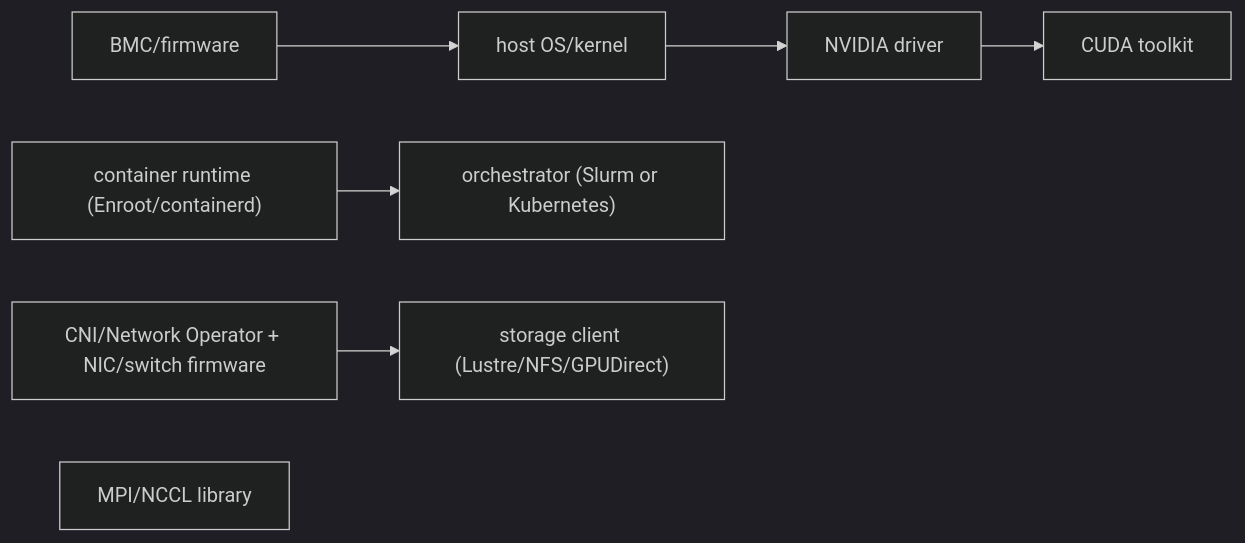
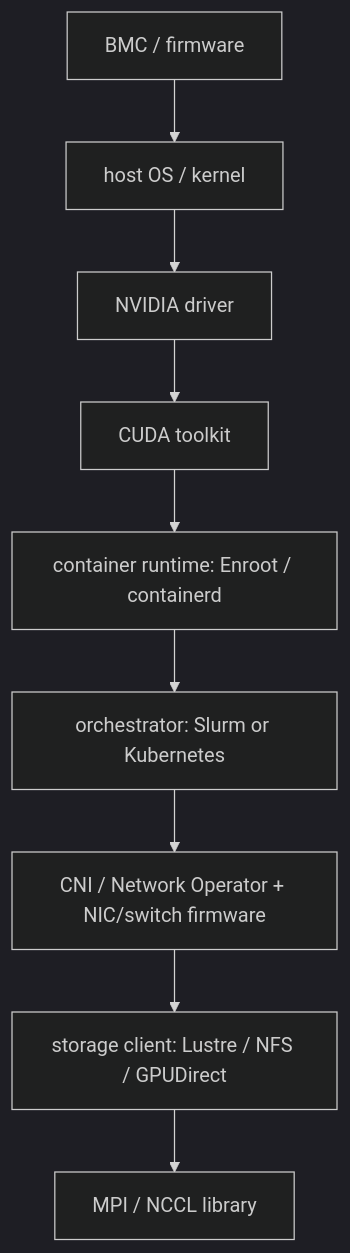
Before and after one commit to jithinpnjm/nvidia-devops: the second of 2 diagrams in docs/volume-10/10-coordinated-cluster-wide-software-change-management.md, drawn with Mermaid (dark theme). The commit also changed other lines of this file and 99 other files, not shown here.

````diff
--- a/docs/volume-10/10-coordinated-cluster-wide-software-change-management.md
+++ b/docs/volume-10/10-coordinated-cluster-wide-software-change-management.md
@@ -46,18 +42,7 @@
 ```mermaid
-flowchart LR
-  %% Converted from the original ASCII diagram; source wording is preserved.
-  n0["BMC/firmware"]
-  n1["host OS/kernel"]
-  n2["NVIDIA driver"]
-  n3["CUDA toolkit"]
-  n4["container runtime (Enroot/containerd)"]
-  n5["orchestrator (Slurm or Kubernetes)"]
-  n6["CNI/Network Operator + NIC/switch firmware"]
-  n7["storage client (Lustre/NFS/GPUDirect)"]
-  n8["MPI/NCCL library"]
-  n0 --> n1
-  n1 --> n2
-  n2 --> n3
-  n4 --> n5
-  n6 --> n7
+flowchart TD
+  BMC["BMC / firmware"] --> OS["host OS / kernel"] --> Driver["NVIDIA driver"] --> CUDA["CUDA toolkit"]
+  CUDA --> Runtime["container runtime: Enroot / containerd"] --> Scheduler["orchestrator: Slurm or Kubernetes"]
+  Scheduler --> Network["CNI / Network Operator + NIC/switch firmware"]
+  Network --> Storage["storage client: Lustre / NFS / GPUDirect"] --> Libraries["MPI / NCCL library"]
 ```
````
